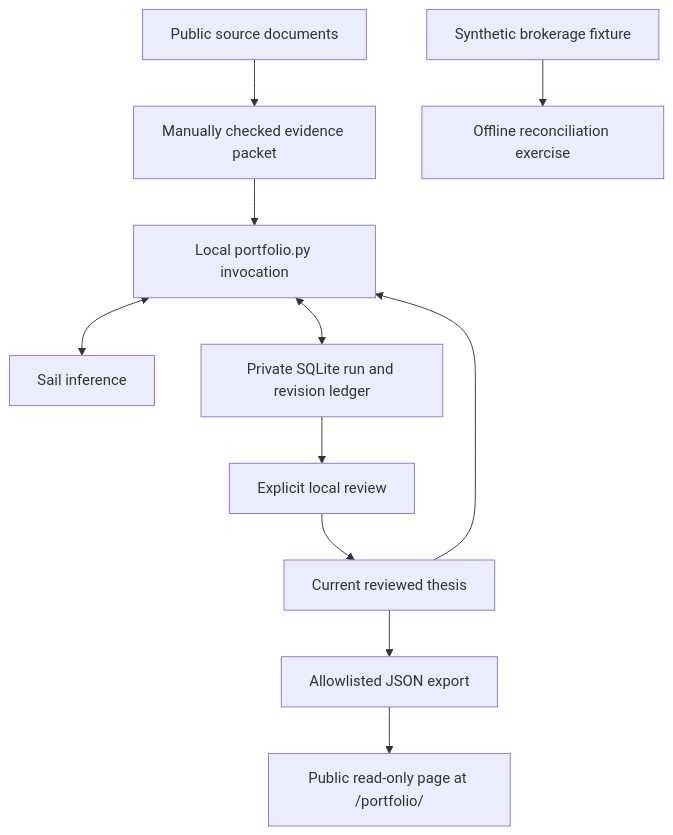
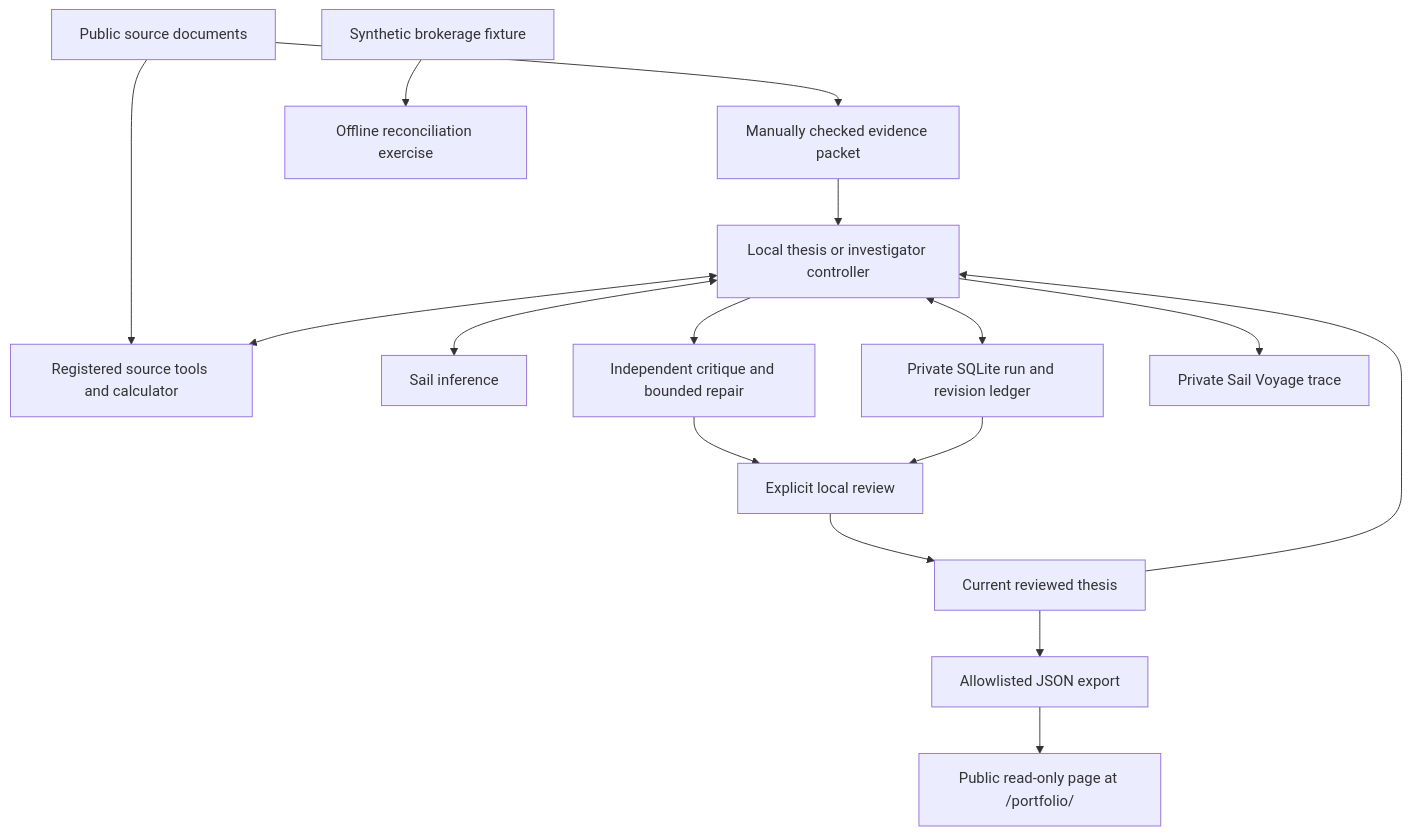
The diagram in docs/ARCHITECTURE.md (bwoods1998/long-term-capital-management), drawn with Mermaid before and after one commit. The commit also changed other lines of this file and 33 other files, not shown here.

Commit message:
Add resumable evidence research, Sail tracing, and measured evaluations

````diff
--- a/docs/ARCHITECTURE.md
+++ b/docs/ARCHITECTURE.md
@@ -7,13 +7,18 @@
 ```mermaid
 flowchart TD
     Sources[Public source documents] --> Packet[Manually checked evidence packet]
-    Packet --> Research[Local portfolio.py invocation]
+    Packet --> Research[Local thesis or investigator controller]
+    Sources --> Tools[Registered source tools and calculator]
+    Research <--> Tools
     Research <--> Sail[Sail inference]
     Research <--> Store[Private SQLite run and revision ledger]
+    Research --> Critic[Independent critique and bounded repair]
+    Critic --> Review
     Store --> Review[Explicit local review]
     Review --> Head[Current reviewed thesis]
     Head --> Research
+    Research --> Voyage[Private Sail Voyage trace]
     Head --> Export[Allowlisted JSON export]
     Export --> Site[Public read-only page at /portfolio/]
     Fixture[Synthetic brokerage fixture] --> Demo[Offline reconciliation exercise]
 ```
````
